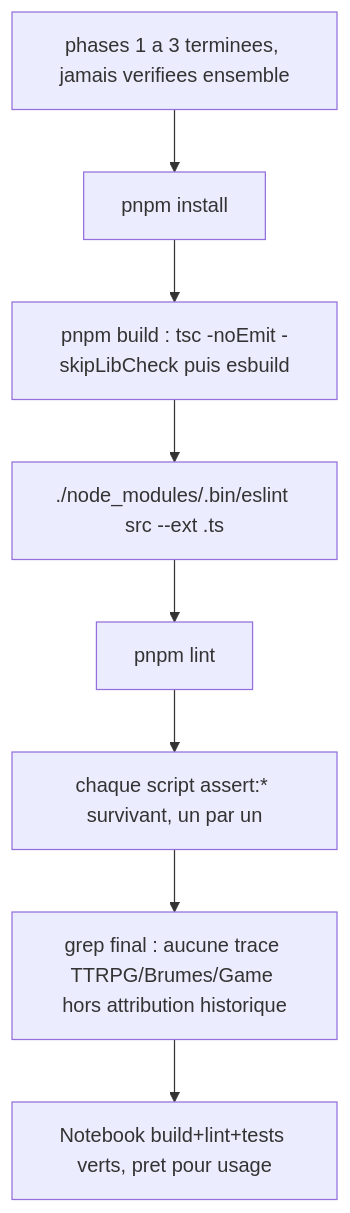
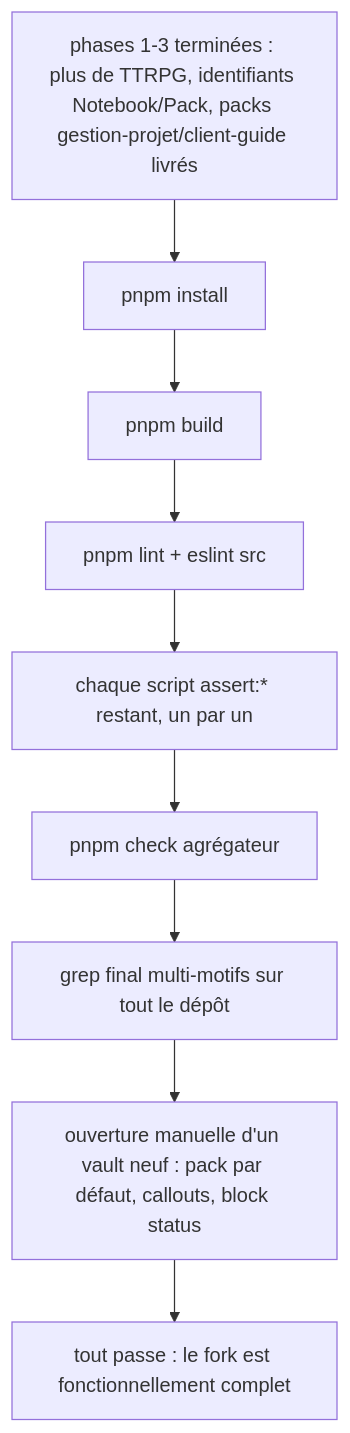
The diagram in aidd_docs/tasks/2026_09/2026_09_15_notebook-fork/phase-4.md (RebelliousSmile/obsidian-notebook), drawn with Mermaid before and after one commit. The commit also changed other lines of this file and 32 other files, not shown here.

````diff
--- a/aidd_docs/tasks/2026_09/2026_09_15_notebook-fork/phase-4.md
+++ b/aidd_docs/tasks/2026_09/2026_09_15_notebook-fork/phase-4.md
@@ -18,10 +17,11 @@
 ```mermaid
 flowchart TD
-  A[phases 1 a 3 terminees, jamais verifiees ensemble] --> B[pnpm install]
-  B --> C[pnpm build : tsc -noEmit -skipLibCheck puis esbuild]
-  C --> D[./node_modules/.bin/eslint src --ext .ts]
-  D --> E[pnpm lint]
-  E --> F[chaque script assert:* survivant, un par un]
-  F --> G[grep final : aucune trace TTRPG/Brumes/Game hors attribution historique]
-  G --> H[Notebook build+lint+tests verts, pret pour usage]
+  A[phases 1-3 terminées : plus de TTRPG, identifiants Notebook/Pack, packs gestion-projet/client-guide livrés] --> B[pnpm install]
+  B --> C[pnpm build]
+  C --> D[pnpm lint + eslint src]
+  D --> E[chaque script assert:* restant, un par un]
+  E --> E2[pnpm check agrégateur]
+  E2 --> F[grep final multi-motifs sur tout le dépôt]
+  F --> G[ouverture manuelle d'un vault neuf : pack par défaut, callouts, block status]
+  G --> H[tout passe : le fork est fonctionnellement complet]
 ```
````
